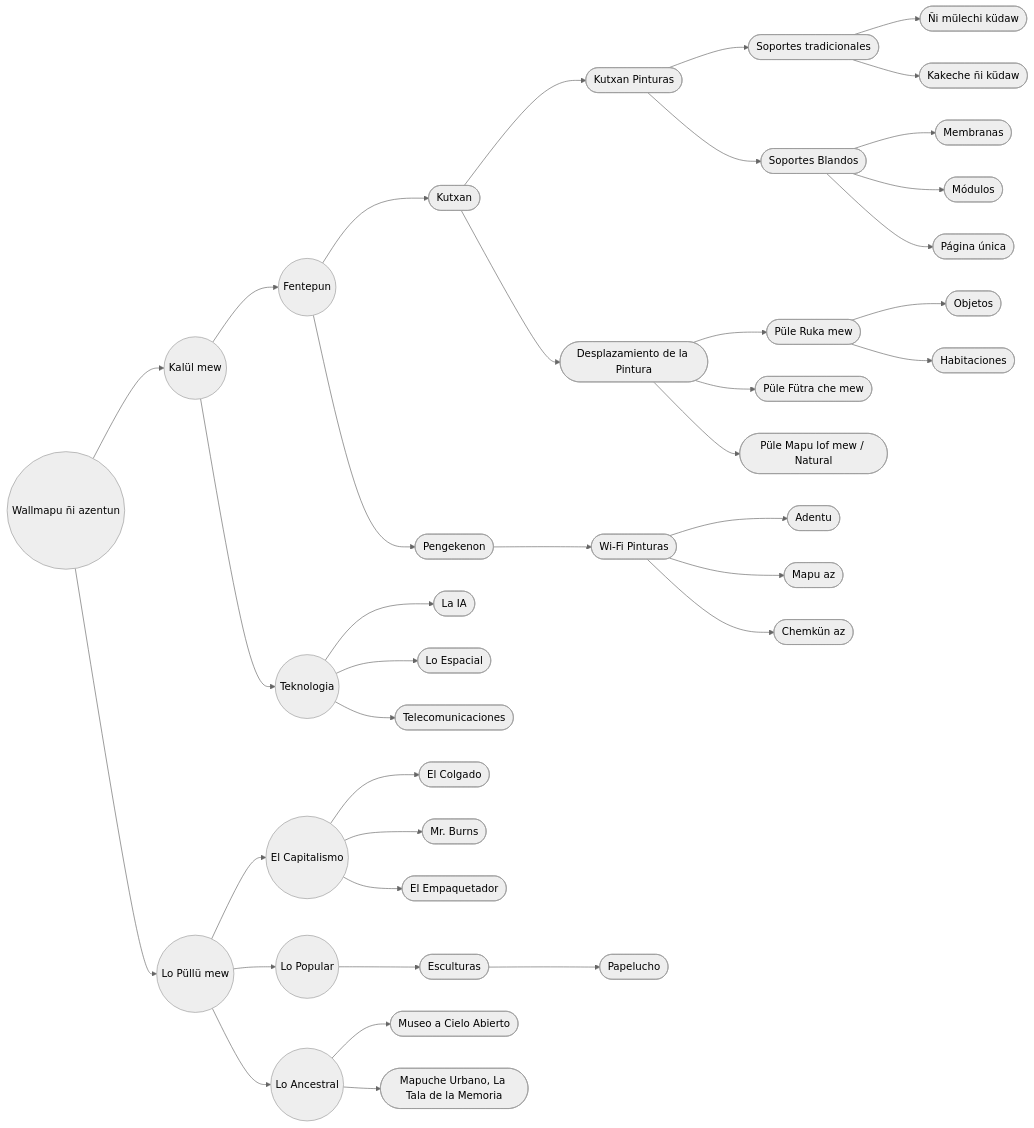
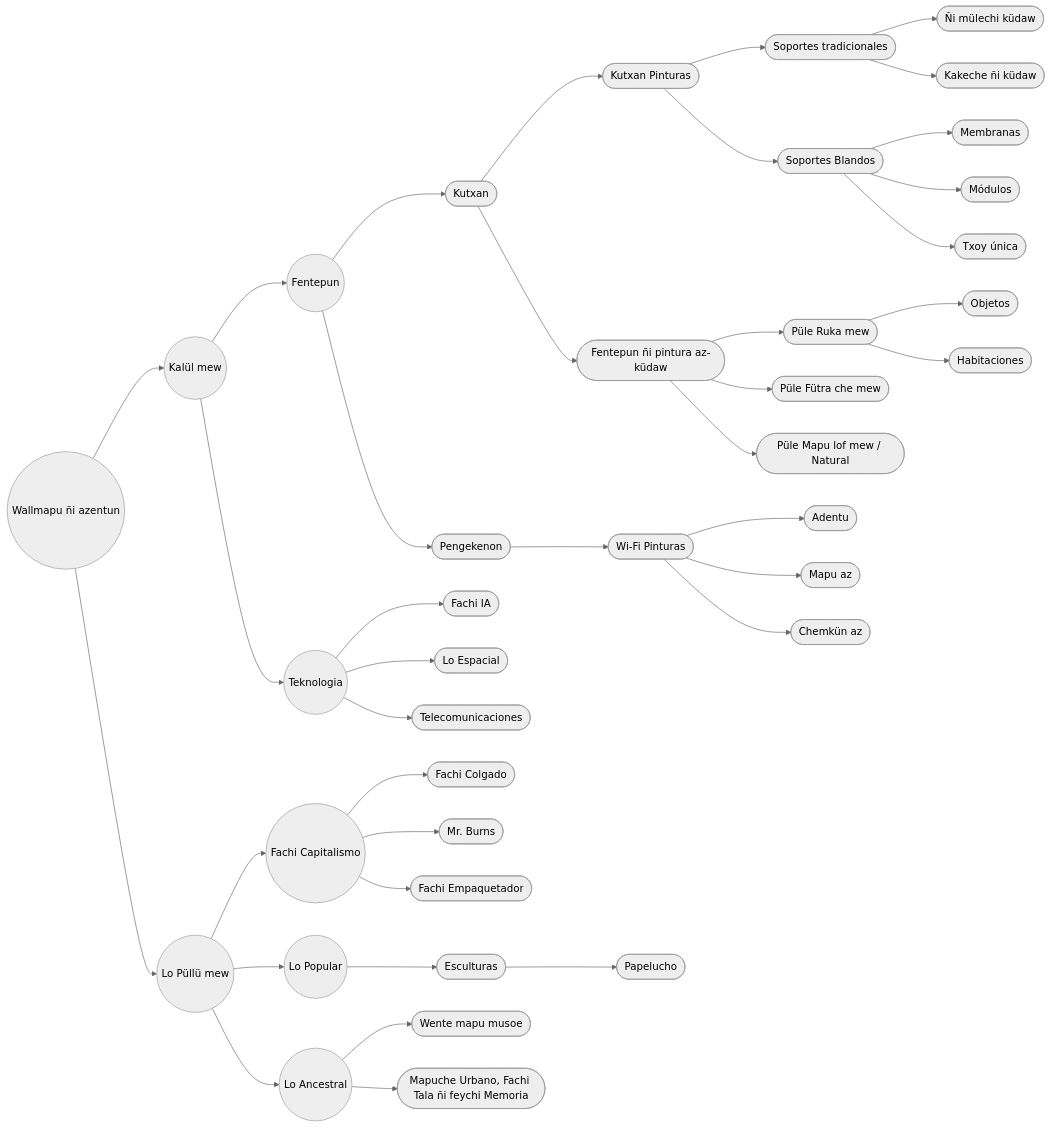
The first of 3 diagrams in MPD/diagrama.md (EGGS-Artesvisuales/EGGS-Artesvisuales.github.io), drawn with Mermaid (neutral theme) before and after one commit. The commit also changed other lines of this file and 41 other files, not shown here.

```diff
--- a/MPD/diagrama.md
+++ b/MPD/diagrama.md
@@ -41,9 +41,9 @@
   %% HIJOS: Soportes blandos
   A1a1a2 --> SB_MEM([Membranas])
   A1a1a2 --> SB_MOD([Módulos])
-  A1a1a2 --> SB_PU([Página única])
+  A1a1a2 --> SB_PU([Txoy única])
 
-  A1a1 --> A1a1b([Desplazamiento de la Pintura])
+  A1a1 --> A1a1b([Fentepun ñi pintura az-küdaw])
   A1a1b --> A1a1b1([Püle Ruka mew])
   A1a1b --> A1a1b2([Püle Fütra che mew])
   A1a1b --> A1a1b3([Püle Mapu lof mew / Natural])
@@ -61,38 +61,38 @@
   A1a2a --> PW_BOD([Chemkün az])
 
   A1 --> A1b((Teknologia))
-  A1b --> A1b1([La IA])
+  A1b --> A1b1([Fachi IA])
   A1b --> A1b2([Lo Espacial])
   A1b --> A1b3([Telecomunicaciones])
 
-  A2 --> A2a((El Capitalismo))
-  A2a --> A2a1([El Colgado])
+  A2 --> A2a((Fachi Capitalismo))
+  A2a --> A2a1([Fachi Colgado])
   A2a --> A2a2([Mr. Burns])
-  A2a --> A2a3([El Empaquetador])
+  A2a --> A2a3([Fachi Empaquetador])
 
   A2 --> A2b((Lo Popular))
   A2b --> A2b1([Esculturas])
   A2b1 --> A2b1a([Papelucho])
 
   A2 --> A2c((Lo Ancestral))
-  A2c --> A2c1([Museo a Cielo Abierto])
-  A2c --> A2c2([Mapuche Urbano, La Tala de la Memoria])
+  A2c --> A2c1([Wente mapu musoe])
+  A2c --> A2c2([Mapuche Urbano, Fachi Tala ñi feychi Memoria])
 
   %% Enlaces (existentes)
   click A "wallmapu-exterior.html" "Amun: Wallmapu ñi azentun"
   click A1 "tangible.html" "Amun: Kalül mew"
   click A2 "intangible.html" "Amun: Lo Püllü mew"
   click A1a "saturacion.html" "Amun: Fentepun"
-  click A1a1 "la-peste.html" "Amun: Kutxan"
-  click A1a1a "/MPD/peste-pinturas-infectadas.html" "Amun: kutxan pinturas"
-  click A1a1b "desplazamiento-pintura.html" "Amun: Desplazamiento de la Pintura"
+  click A1a1 "feychi-peste.html" "Amun: Kutxan"
+  click A1a1a "/MPD/peste-pinturas-infectadas.html" "Amun: kutxan pintura az-küdaw az-küdaw"
+  click A1a1b "fentepun-pintura az-küdaw.html" "Amun: Fentepun ñi pintura az-küdaw"
   click A1a1b1 "/MPD/espacio-domestico.html" "Amun: Püle Ruka mew"
   click A1a1b2 "/MPD/espacio-publico.html" "Amun: Püle Fütra che mew"
   click A1a1b3 "/MPD/espacio-rural.html" "Amun: Püle Mapu lof mew / Natural"
   click A1a2 "lo-invisible.html" "Amun: Pengekenon"
-  click A2c1 "musoe-a-cielo-abierto.html" "Amun: Museo a Cielo Abierto"
+  click A2c1 "musoe-a-cielo-abierto.html" "Amun: Wente mapu musoe"
 
-  %% Enlaces a secciones internas (anchors) ya existentes
+  %% Enlaces a pu txoy internas (anchors) ya existentes
 
   %% Kutxan Pinturas: Soportes tradicionales + hijos
   click A1a1a1 "/MPD/peste-pinturas-infectadas.html#soportes-tradicionales" "Amun: Soportes tradicionales"
@@ -103,30 +103,30 @@
   click A1a1a2 "/MPD/peste-pinturas-infectadas.html#soportes-blandos" "Amun: Soportes blandos"
   click SB_MEM "/MPD/peste-pinturas-infectadas.html#membranas" "Amun: Membranas"
   click SB_MOD "/MPD/peste-pinturas-infectadas.html#modulos" "Amun: Módulos"
-  click SB_PU "/MPD/peste-pinturas-infectadas.html#unidades" "Amun: Página única"
+  click SB_PU "/MPD/peste-pinturas-infectadas.html#unidades" "Amun: Txoy única"
 
   %% Püle ruka mew: Objetos / Habitaciones
   click ED_OBJ "/MPD/espacio-domestico.html#objetos" "Amun: Objetos"
   click ED_HAB "/MPD/espacio-domestico.html#habitaciones" "Amun: Habitaciones"
 
-  %% Wi-Fi Pinturas: página + secciones
+  %% Wi-Fi Pinturas: txoy + pu txoy
   click A1a2a "/MPD/pinturas-wifi.html" "Amun: Wi-Fi Pinturas"
   click PW_RET "/MPD/pinturas-wifi.html#retratos" "Amun: Adentu"
   click PW_PAI "/MPD/pinturas-wifi.html#paisajes" "Amun: Mapu az"
   click PW_BOD "/MPD/pinturas-wifi.html#bodegones" "Amun: Chemkün az"
 
-  %% Enlaces (no existentes aún -> en construcción)
-  click A1b "en-construccion.html" "Dewmangen mew"
-  click A1b1 "en-construccion.html" "Dewmangen mew"
-  click A1b2 "en-construccion.html" "Dewmangen mew"
-  click A1b3 "en-construccion.html" "Dewmangen mew"
-  click A2a "en-construccion.html" "Dewmangen mew"
-  click A2a1 "en-construccion.html" "Dewmangen mew"
-  click A2a2 "en-construccion.html" "Dewmangen mew"
-  click A2a3 "en-construccion.html" "Dewmangen mew"
-  click A2b "en-construccion.html" "Dewmangen mew"
-  click A2b1 "en-construccion.html" "Dewmangen mew"
-  click A2b1a "en-construccion.html" "Dewmangen mew"
-  click A2c "en-construccion.html" "Dewmangen mew"
-  click A2c2 "en-construccion.html" "Dewmangen mew"
+  %% Enlaces (no existentes aún -> mew construcción)
+  click A1b "mew-construccion.html" "Dewmangen mew"
+  click A1b1 "mew-construccion.html" "Dewmangen mew"
+  click A1b2 "mew-construccion.html" "Dewmangen mew"
+  click A1b3 "mew-construccion.html" "Dewmangen mew"
+  click A2a "mew-construccion.html" "Dewmangen mew"
+  click A2a1 "mew-construccion.html" "Dewmangen mew"
+  click A2a2 "mew-construccion.html" "Dewmangen mew"
+  click A2a3 "mew-construccion.html" "Dewmangen mew"
+  click A2b "mew-construccion.html" "Dewmangen mew"
+  click A2b1 "mew-construccion.html" "Dewmangen mew"
+  click A2b1a "mew-construccion.html" "Dewmangen mew"
+  click A2c "mew-construccion.html" "Dewmangen mew"
+  click A2c2 "mew-construccion.html" "Dewmangen mew"
 </div>
```
